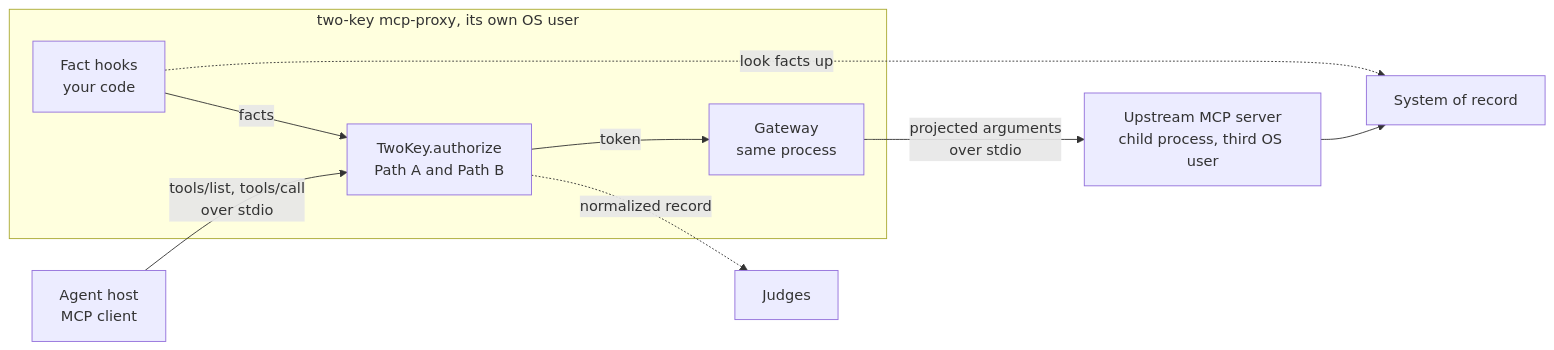
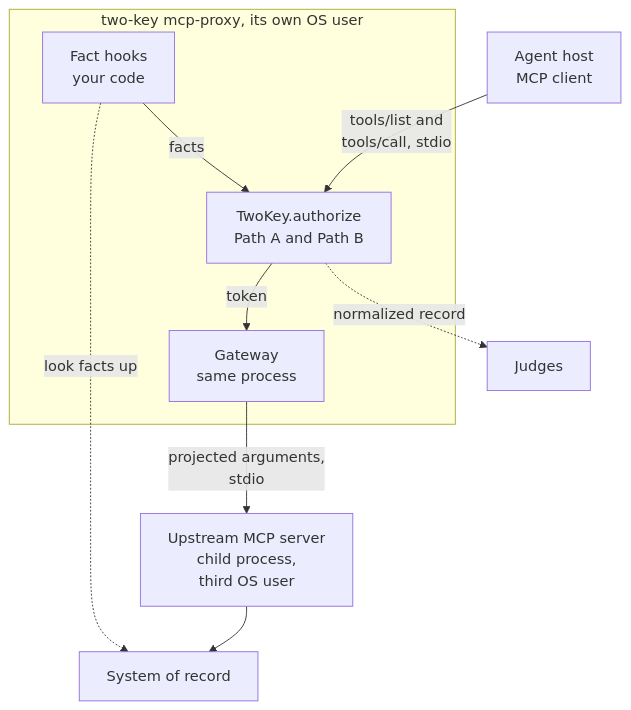
Before and after one commit to Insomniac-VibeLabs/two-key: the fourth of 5 diagrams in docs/HOWTO.md, drawn with Mermaid. The commit also changed other lines of this file and 12 other files, not shown here.

First line of the commit message:
Redraw every diagram to one house style, checked by a test (#29)

````diff
--- a/docs/HOWTO.md
+++ b/docs/HOWTO.md
@@ -1600,12 +1613,12 @@
 ```mermaid
-flowchart LR
-  host["Agent host<br/>MCP client"] -- "tools/list, tools/call<br/>over stdio" --> tk
+flowchart TD
+  host["Agent host<br/>MCP client"] -- "tools/list and<br/>tools/call, stdio" --> tk
   subgraph proxy["two-key mcp-proxy, its own OS user"]
-    tk["TwoKey.authorize<br/>Path A and Path B"] -- "token" --> gw["Gateway<br/>same process"]
-    hooks["Fact hooks<br/>your code"] -- "facts" --> tk
+    hooks["Fact hooks<br/>your code"] -- "facts" --> tk["TwoKey.authorize<br/>Path A and Path B"]
+    tk -- "token" --> gw["Gateway<br/>same process"]
   end
   tk -. "normalized record" .-> judges["Judges"]
-  gw -- "projected arguments<br/>over stdio" --> up["Upstream MCP server<br/>child process, third OS user"]
+  gw -- "projected arguments,<br/>stdio" --> up["Upstream MCP server<br/>child process,<br/>third OS user"]
   up --> sor["System of record"]
   hooks -. "look facts up" .-> sor
 ```
````
